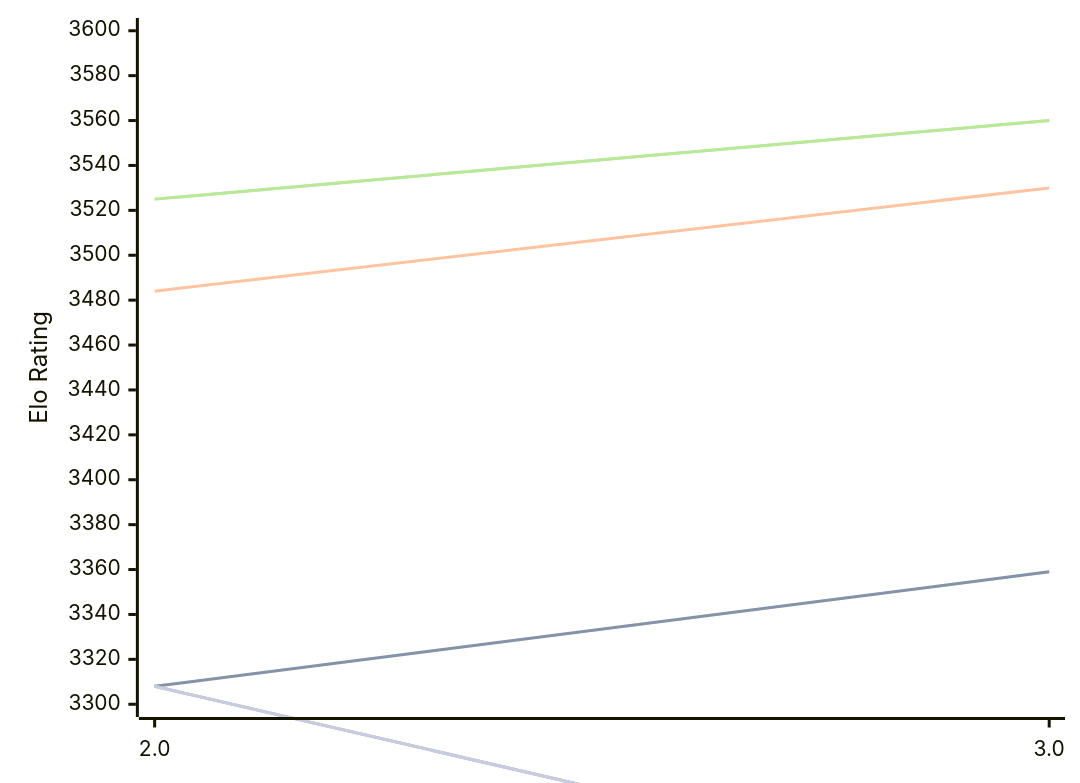
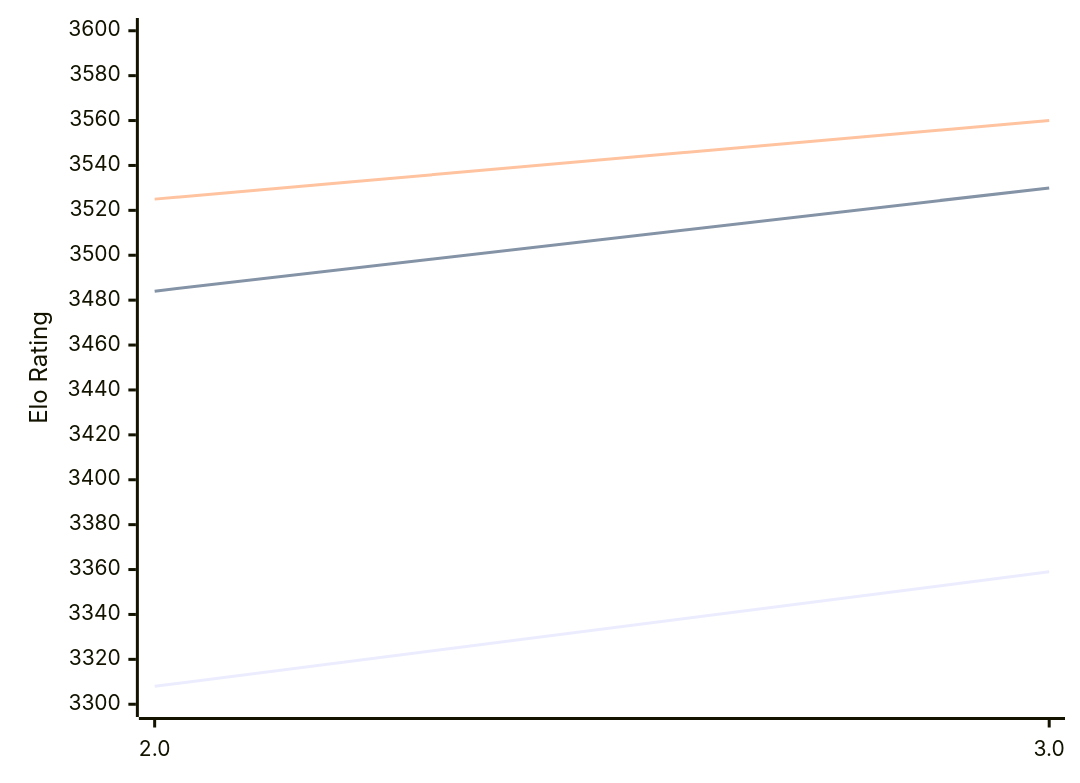
One commit to computer-chess-index/cci changed the diagram in engines/Quanticade.md. Above: the diagram before and after it, drawn with Mermaid. The commit also changed other lines of this file, not shown here.

````diff
--- a/engines/Quanticade.md
+++ b/engines/Quanticade.md
@@ -48,13 +48,9 @@
 ```mermaid
 %%{init: {"theme":"base","themeVariables":{"seriesColors:['#a3a3a3','#222221','#faa371']}}}%%
 xychart-beta
   x-axis ["2.0", "3.0"]
   y-axis "Elo Rating" 3300 --> 3600
-  line "" [3308, 3359]
   line "T1: STC (8.0+0.08s)" [3308, 3359]
   line "T1: LTC (60.0+0.60s)" [3484, 3530]
-  line "" [3525, 3560]
   line "T1: VLTC (2m24s+1.12s)" [3525, 3560]
-  line "" [3308,3216]
-  line "E1: STC (8.0+0.08s)" [3308,3216]
 ```
````
